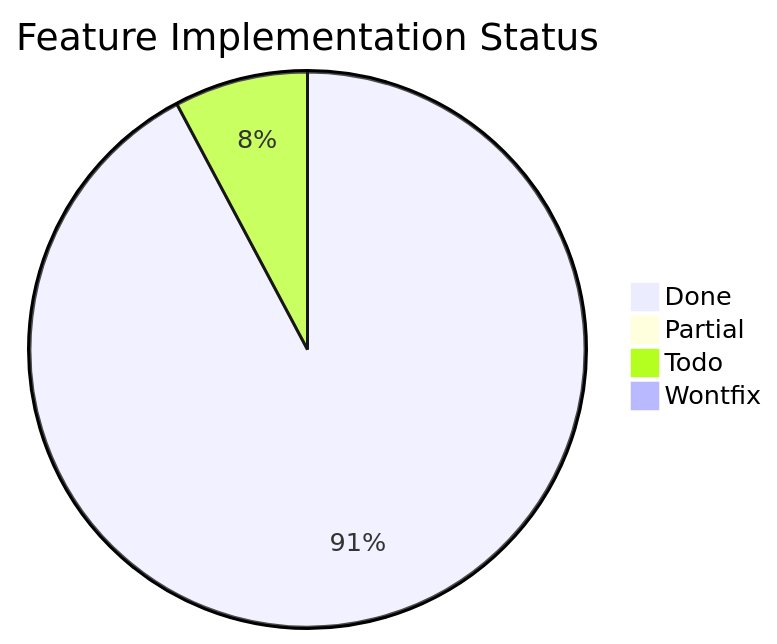
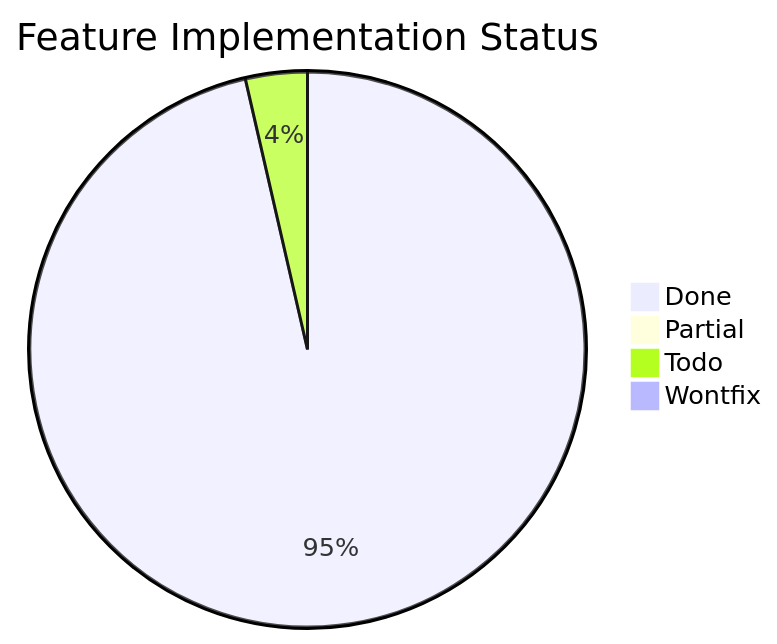
One commit to Papyrine/Morph changed the third of 3 diagrams in docs/word-features.md. Above: the diagram before and after it, drawn with Mermaid. The commit also changed other lines of this file and 7 other files, not shown here.

````diff
--- a/docs/word-features.md
+++ b/docs/word-features.md
@@ -2243,7 +2243,7 @@
 ```mermaid
 pie title Feature Implementation Status
-    "Done" : 154
+    "Done" : 161
     "Partial" : 1
-    "Todo" : 13
+    "Todo" : 6
     "Wontfix" : 1
 ```
````
